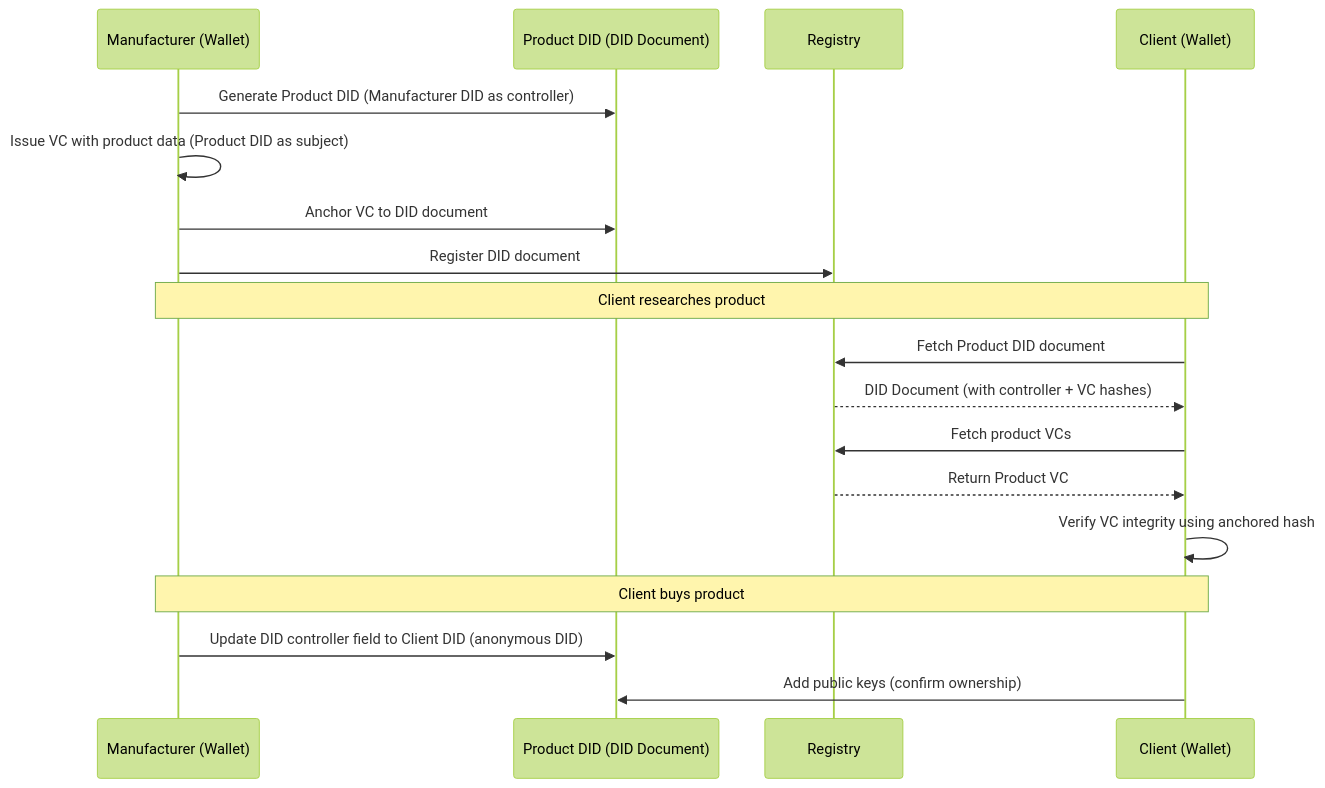
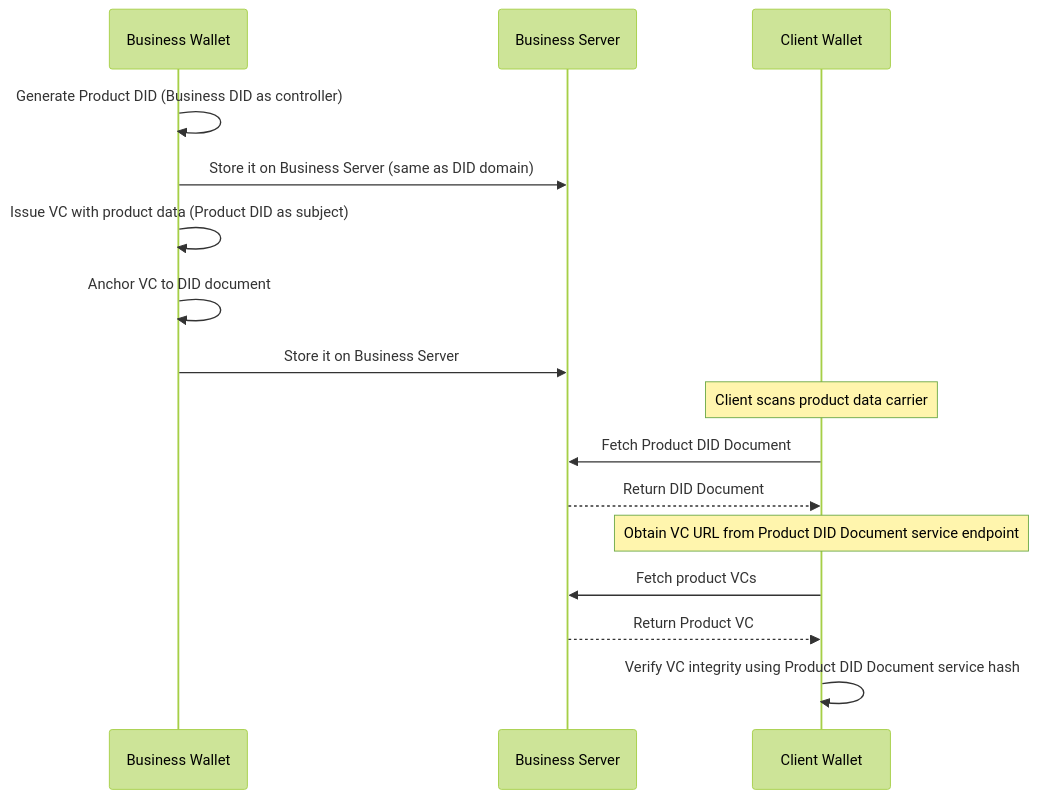
Before and after one commit to Jorge-Lopes/dpp-did: the diagram in README.md, drawn with Mermaid (forest theme). The commit also changed other lines of this file and 37 other files, not shown here.

````diff
--- a/README.md
+++ b/README.md
@@ -87,26 +124,22 @@
 ```mermaid
 sequenceDiagram
-   participant M as Manufacturer (Wallet)
-   participant D as Product DID (DID Document)
-   participant R as Registry
-   participant C as Client (Wallet)
+   participant MW as Business Wallet
+   participant MS as Business Server
+   participant CW as Client Wallet
 
    %% --- Product Creation ---
-   M->>D: Generate Product DID (Manufacturer DID as controller)
-   M->>M: Issue VC with product data (Product DID as subject)
-   M->>D: Anchor VC to DID document
-   M->>R: Register DID document
+   MW->>MW: Generate Product DID (Business DID as controller)
+   MW->>MS: Store it on Business Server (same as DID domain)
+   MW->>MW: Issue VC with product data (Product DID as subject)
+   MW->>MW: Anchor VC to DID document
+   MW->>MS: Store it on Business Server
 
    %% --- Product Discovery ---
-   Note over M,C: Client researches product
-   C->>R: Fetch Product DID document
-   R-->>C: DID Document (with controller + VC hashes)
-   C->>R: Fetch product VCs
-   R-->>C: Return Product VC
-   C->>C: Verify VC integrity using anchored hash
-
-   %% --- Ownership Transfer ---
-   Note over M,C: Client buys product
-   M->>D: Update DID controller field to Client DID (anonymous DID)
-   C->>D: Add public keys (confirm ownership)
+   Note over CW: Client scans product data carrier
+   CW->>MS: Fetch Product DID Document
+   MS-->>CW: Return DID Document
+    Note over CW: Obtain VC URL from Product DID Document service endpoint
+   CW->>MS: Fetch product VCs
+   MS-->>CW: Return Product VC
+   CW->>CW: Verify VC integrity using Product DID Document service hash
 ```
````
